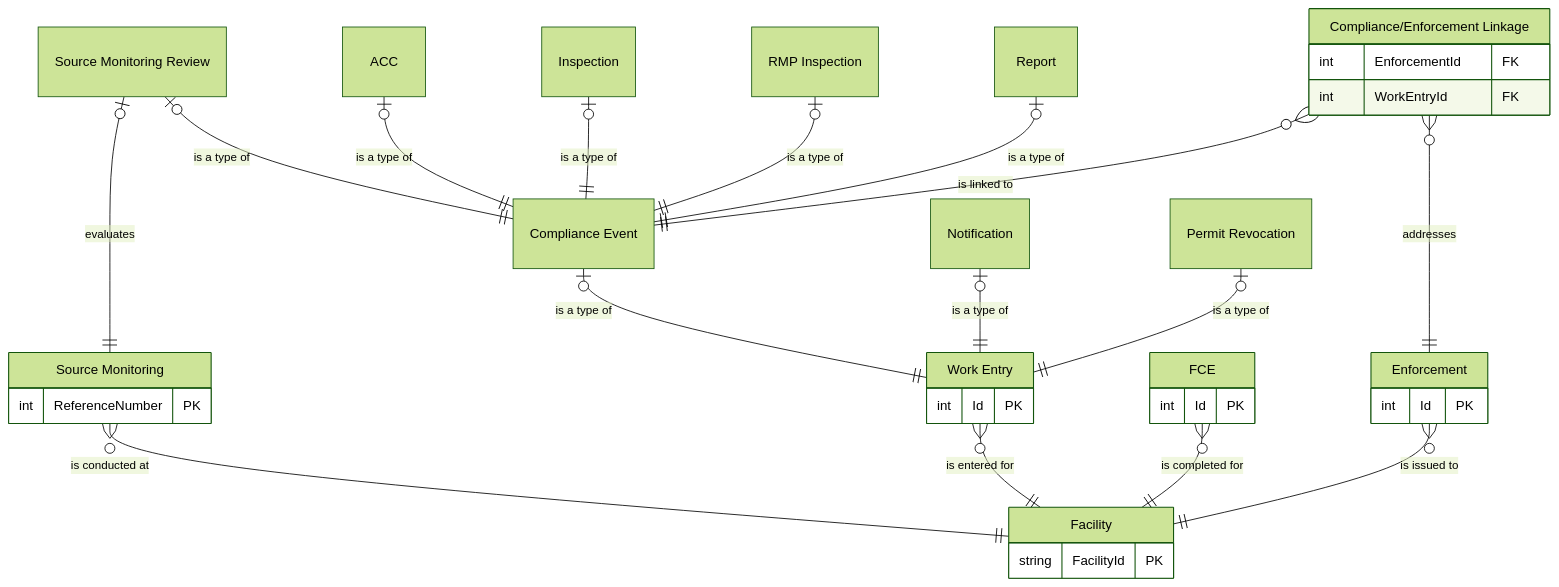
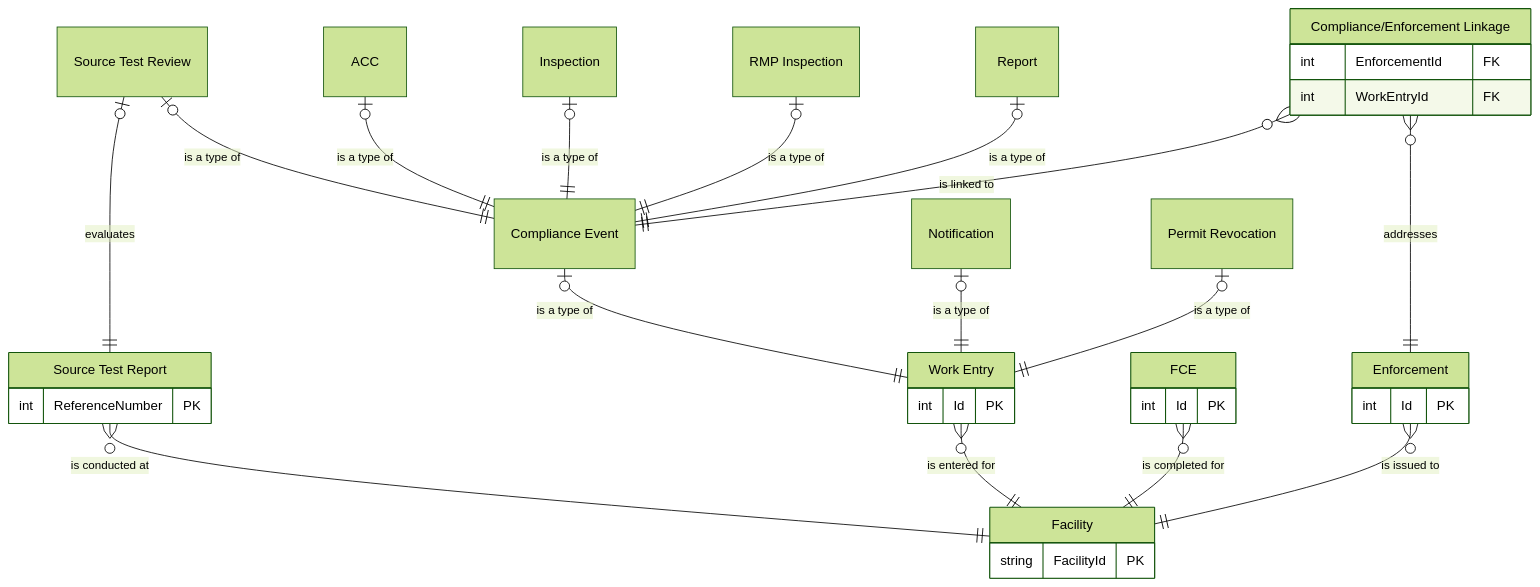
The diagram in docs/Workflows/Compliance-ERD.md (gaepdit/air-web), drawn with Mermaid (forest theme) before and after one commit. The commit also changed other lines of this file and 13 other files, not shown here.

````diff
--- a/docs/Workflows/Compliance-ERD.md
+++ b/docs/Workflows/Compliance-ERD.md
@@ -28,61 +28,61 @@
 ```mermaid
 erDiagram
 
 FAC["Facility"] {
     string FacilityId PK
 }
 
-MON["Source Monitoring"] {
+TST["Source Test Report"] {
     int ReferenceNumber PK
 }
 
 FCE["FCE"] {
     int Id PK
 }
 
 WRK["Work Entry"] {
     int Id PK
 }
 
     CME["Compliance Event"]
 
-        SMR["Source Monitoring Review"]
+        STR["Source Test Review"]
         ACC["ACC"]
         INS["Inspection"]
         RMP["RMP Inspection"]
         REP["Report"]
 
     NOT["Notification"]
     
     REV["Permit Revocation"]
 
 ENF["Enforcement"] {
     int Id PK
 }
 
 CEL["Compliance/Enforcement Linkage"] {
     int EnforcementId FK
     int WorkEntryId FK
 }
 
-SMR |o--|| CME : "is a type of"
+STR |o--|| CME : "is a type of"
 ACC |o--|| CME : "is a type of"
 INS |o--|| CME : "is a type of"
 RMP |o--|| CME : "is a type of"
 REP |o--|| CME : "is a type of"
 
 CME |o--|| WRK : "is a type of"
 NOT |o--|| WRK : "is a type of"
 REV |o--|| WRK : "is a type of"
 
-SMR |o--|| MON : "evaluates"
+STR |o--|| TST : "evaluates"
 
-MON }o--|| FAC : "is conducted at"
+TST }o--|| FAC : "is conducted at"
 WRK }o--|| FAC : "is entered for"
 FCE }o--|| FAC : "is completed for"
 ENF }o--|| FAC : "is issued to"
 
 CEL }o--|| ENF : "addresses"
 CEL }o--|| CME : "is linked to"
 
 ```
````
